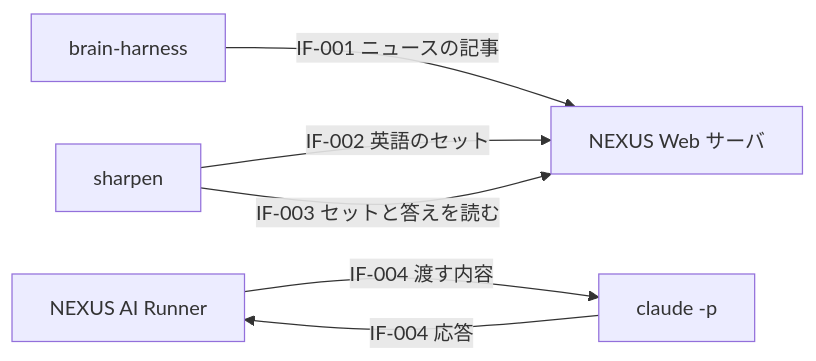
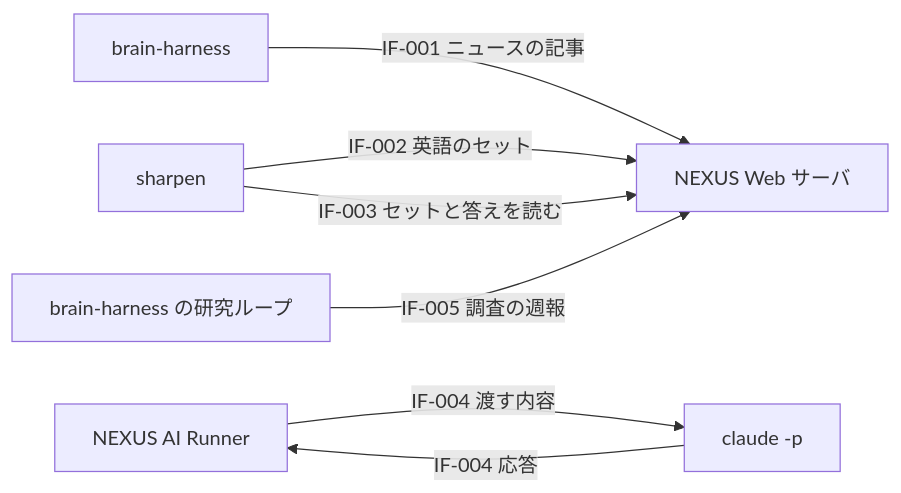
One commit to shota-urano/nexus changed the first of 2 diagrams in docs/upstream/bd/BD-06-external-interface.md. Above: the diagram before and after it, drawn with Mermaid. The commit also changed other lines of this file and 41 other files, not shown here.

````diff
--- a/docs/upstream/bd/BD-06-external-interface.md
+++ b/docs/upstream/bd/BD-06-external-interface.md
@@ -24,8 +25,9 @@
 ```mermaid
 flowchart LR
   BH[brain-harness] -- IF-001 ニュースの記事 --> N[NEXUS Web サーバ]
   SP[sharpen] -- IF-002 英語のセット --> N
   SP -- IF-003 セットと答えを読む --> N
+  BR[brain-harness の研究ループ] -- IF-005 調査の週報 --> N
   R[NEXUS AI Runner] -- IF-004 渡す内容 --> C[claude -p]
   C -- IF-004 応答 --> R
 ```
````
